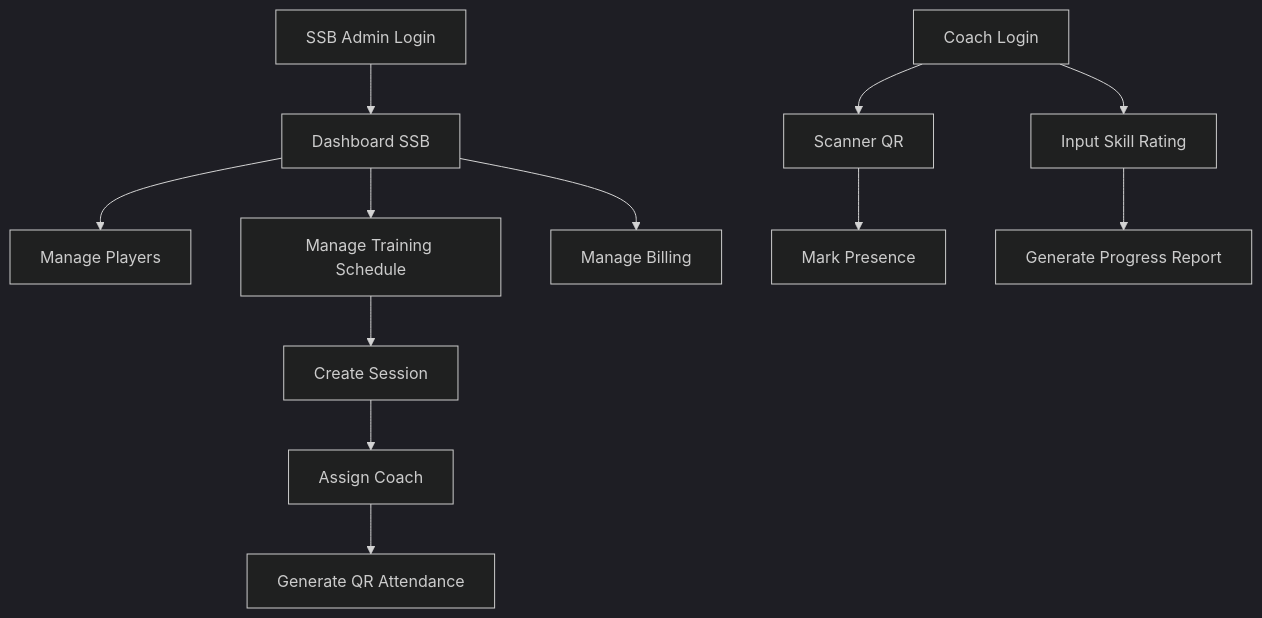
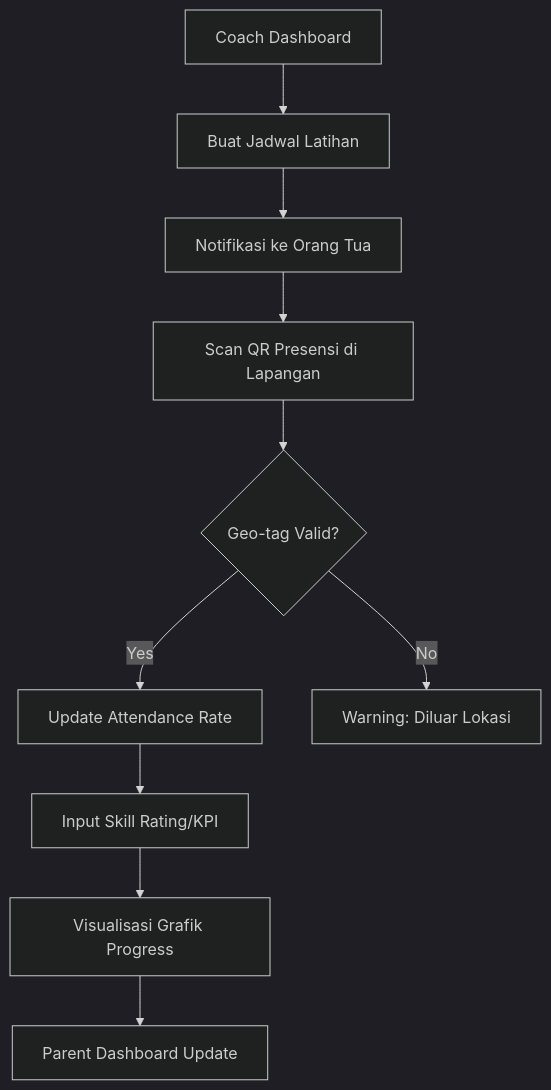
The second of 3 diagrams in USER_FLOW.md (queenqonita10-web/team-play-link), drawn with Mermaid (dark theme) before and after one commit. The commit also changed other lines of this file and 27 other files, not shown here.

````diff
--- a/USER_FLOW.md
+++ b/USER_FLOW.md
@@ -4,16 +23,12 @@
 ```mermaid
 graph TD
-    A[SSB Admin Login] --> B[Dashboard SSB]
-    B --> C[Manage Players]
-    B --> D[Manage Training Schedule]
-    B --> E[Manage Billing]
-    
-    D --> F[Create Session]
-    F --> G[Assign Coach]
-    G --> H[Generate QR Attendance]
-    
-    I[Coach Login] --> J[Scanner QR]
-    J --> K[Mark Presence]
-    I --> L[Input Skill Rating]
-    L --> M[Generate Progress Report]
+    A[Coach Dashboard] --> B[Buat Jadwal Latihan]
+    B --> C[Notifikasi ke Orang Tua]
+    C --> D[Scan QR Presensi di Lapangan]
+    D --> E{Geo-tag Valid?}
+    E -- Yes --> F[Update Attendance Rate]
+    E -- No --> G[Warning: Diluar Lokasi]
+    F --> H[Input Skill Rating/KPI]
+    H --> I[Visualisasi Grafik Progress]
+    I --> J[Parent Dashboard Update]
 ```
````
